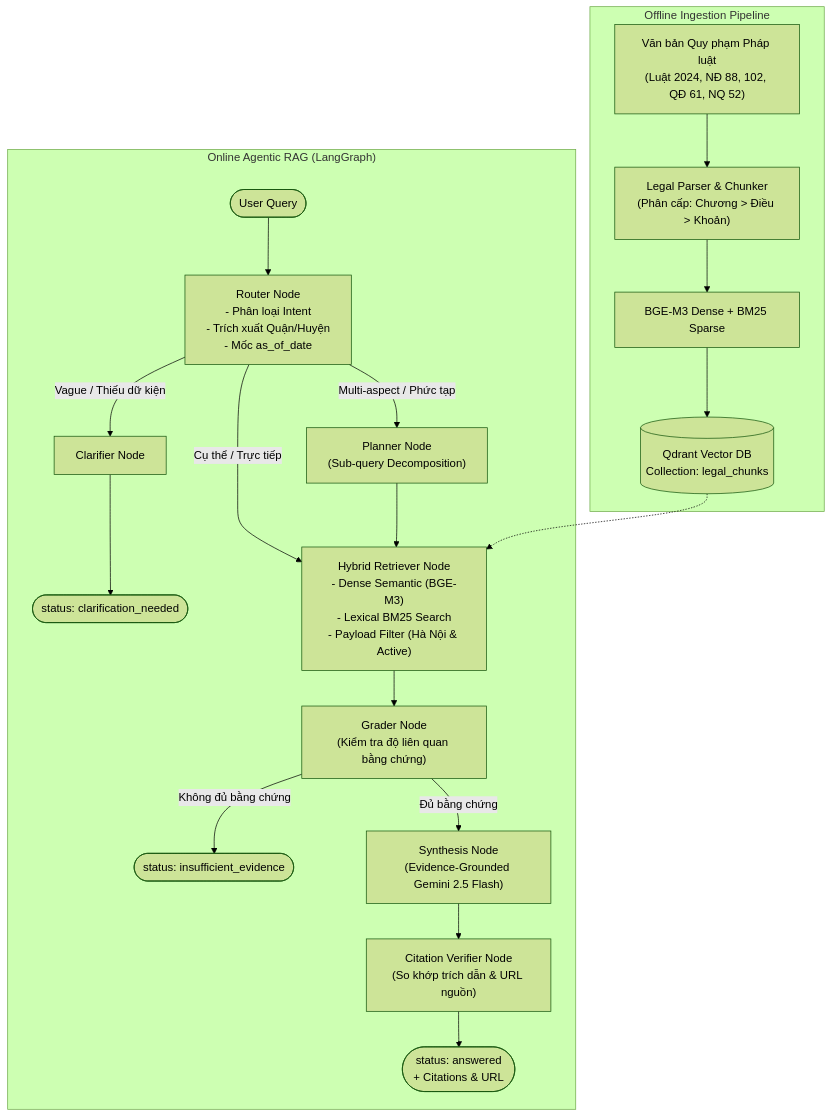
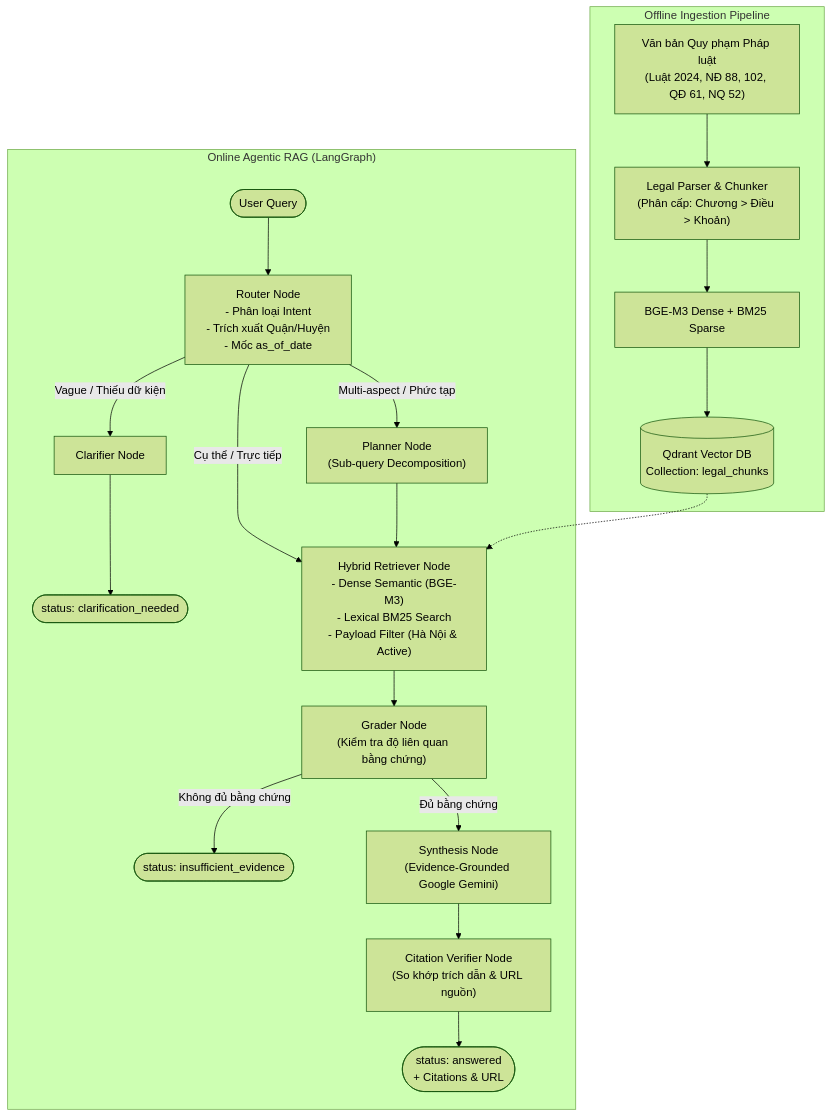
The first of 2 diagrams in README.md (dovh25/agentic-rag-legal-qa-hanoi), drawn with Mermaid (forest theme) before and after one commit. The commit also changed other lines of this file and 10 other files, not shown here.

````diff
--- a/README.md
+++ b/README.md
@@ -66,27 +66,27 @@
 ```mermaid
 flowchart TD
     subgraph INGESTION["Offline Ingestion Pipeline"]
         DOCS["Văn bản Quy phạm Pháp luật\n(Luật 2024, NĐ 88, 102, QĐ 61, NQ 52)"] --> PARSE["Legal Parser & Chunker\n(Phân cấp: Chương > Điều > Khoản)"]
         PARSE --> EMBED["BGE-M3 Dense + BM25 Sparse"]
         EMBED --> QDRANT[("Qdrant Vector DB\nCollection: legal_chunks")]
     end
 
     subgraph AGENT["Online Agentic RAG (LangGraph)"]
         START([User Query]) --> ROUTER["Router Node\n- Phân loại Intent\n- Trích xuất Quận/Huyện\n- Mốc as_of_date"]
         
         ROUTER -- "Vague / Thiếu dữ kiện" --> CLARIFY["Clarifier Node"] --> RESP_CLARIFY(["status: clarification_needed"])
         ROUTER -- "Multi-aspect / Phức tạp" --> PLANNER["Planner Node\n(Sub-query Decomposition)"]
         ROUTER -- "Cụ thể / Trực tiếp" --> RETRIEVER["Hybrid Retriever Node\n- Dense Semantic (BGE-M3)\n- Lexical BM25 Search\n- Payload Filter (Hà Nội & Active)"]
         
         PLANNER --> RETRIEVER
         QDRANT -.-> RETRIEVER
         
         RETRIEVER --> GRADER["Grader Node\n(Kiểm tra độ liên quan bằng chứng)"]
         
         GRADER -- "Không đủ bằng chứng" --> ABSTAIN(["status: insufficient_evidence"])
-        GRADER -- "Đủ bằng chứng" --> SYNTHESIS["Synthesis Node\n(Evidence-Grounded Gemini 2.5 Flash)"]
+        GRADER -- "Đủ bằng chứng" --> SYNTHESIS["Synthesis Node\n(Evidence-Grounded Google Gemini)"]
         
         SYNTHESIS --> VERIFY["Citation Verifier Node\n(So khớp trích dẫn & URL nguồn)"]
         VERIFY --> ANSWER(["status: answered\n+ Citations & URL"])
     end
 ```
````
